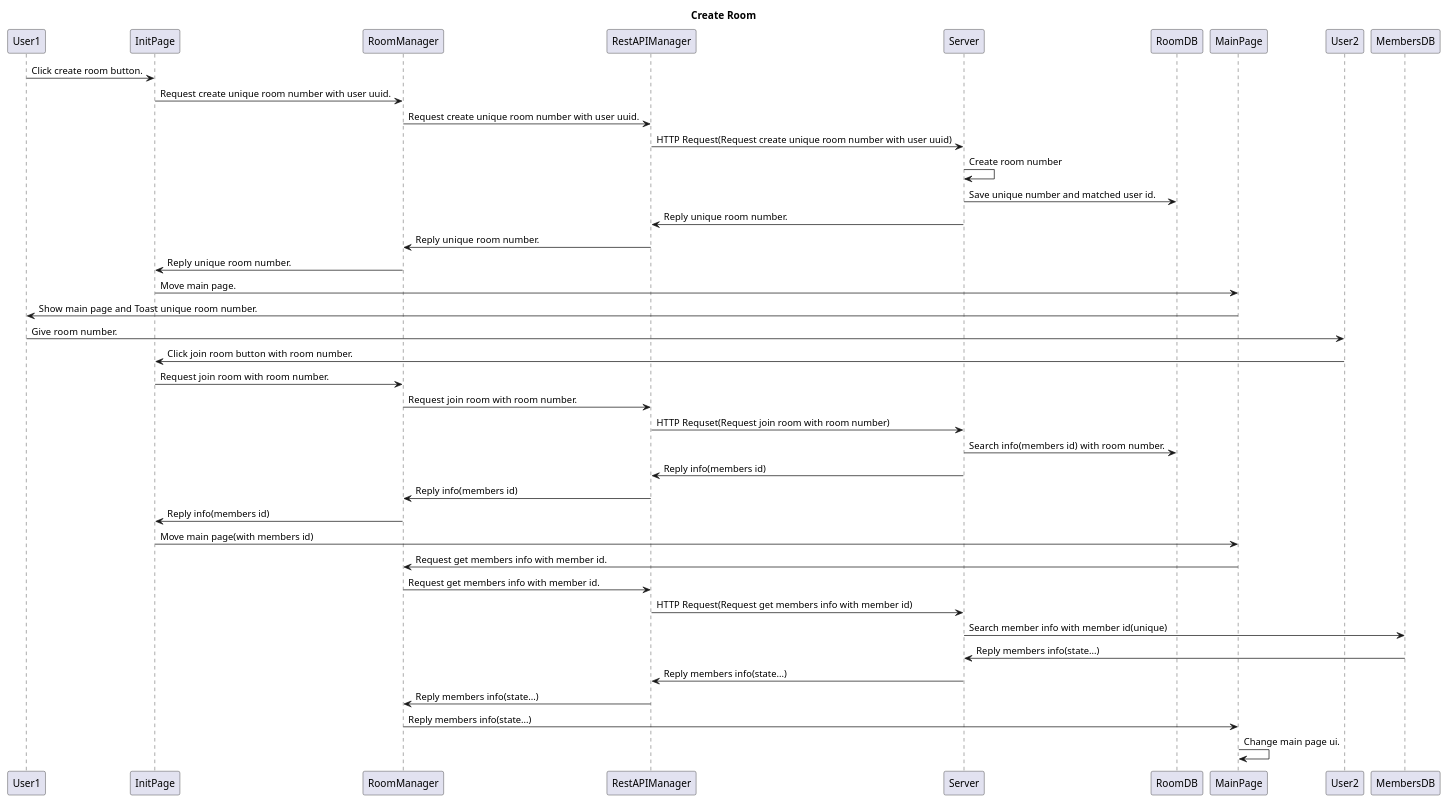
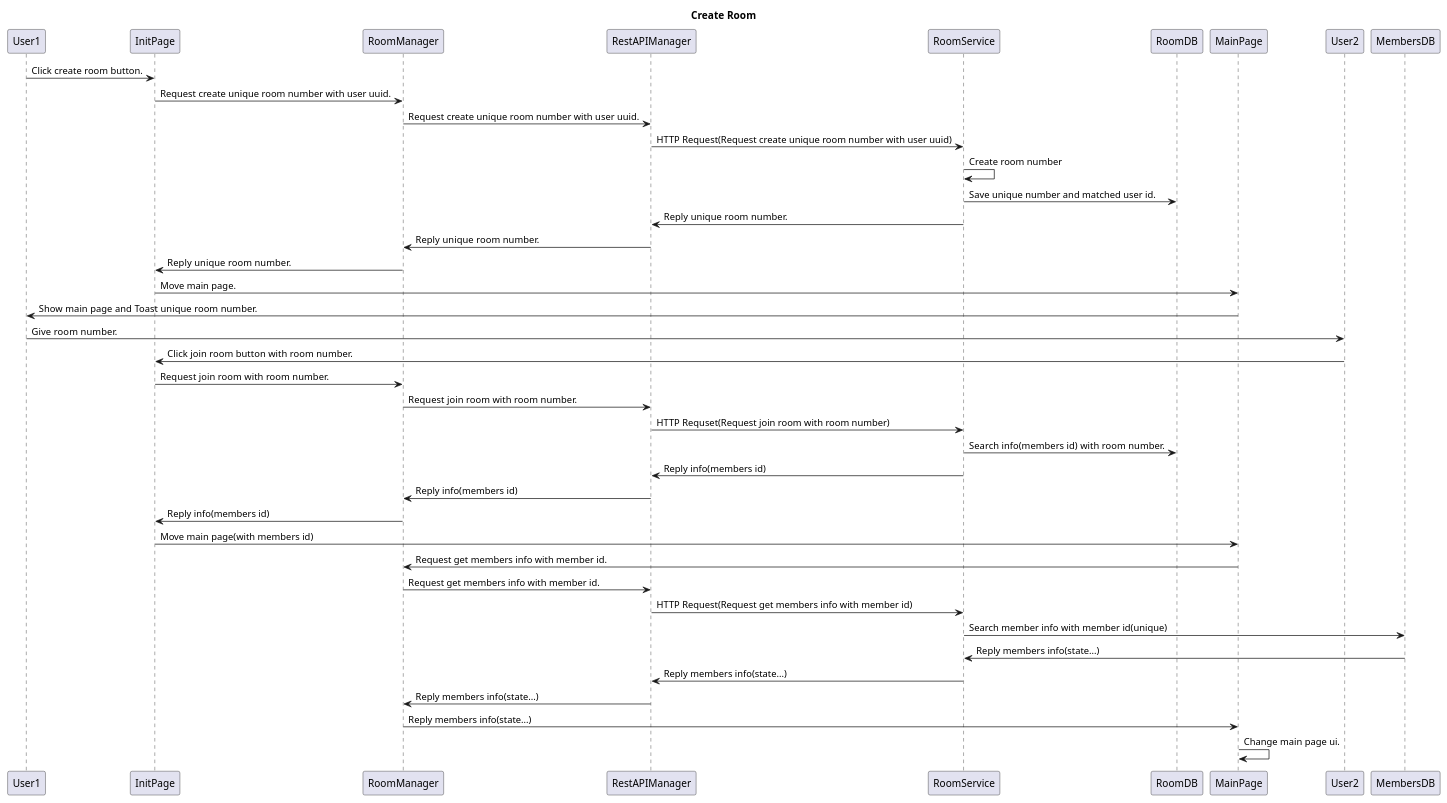
Before and after one commit to 2bellwater/EMO_USE_CASE: the diagram in UC_CREATE_ROOM.wsd, drawn with PlantUML. The commit also changed 3 other files, not shown here.

```diff
--- a/UC_CREATE_ROOM.wsd
+++ b/UC_CREATE_ROOM.wsd
@@ -1,36 +1,36 @@
 @startuml
 title Create Room 
 User1 -> InitPage : Click create room button.
 InitPage -> RoomManager : Request create unique room number with user uuid.
 RoomManager -> RestAPIManager : Request create unique room number with user uuid.
-RestAPIManager -> Server : HTTP Request(Request create unique room number with user uuid)
-Server -> Server : Create room number
-Server -> RoomDB : Save unique number and matched user id.
-Server -> RestAPIManager : Reply unique room number.
+RestAPIManager -> RoomService : HTTP Request(Request create unique room number with user uuid)
+RoomService -> RoomService : Create room number
+RoomService -> RoomDB : Save unique number and matched user id.
+RoomService -> RestAPIManager : Reply unique room number.
 RestAPIManager -> RoomManager : Reply unique room number.
 RoomManager -> InitPage : Reply unique room number.
 InitPage -> MainPage : Move main page.
 MainPage -> User1 : Show main page and Toast unique room number.
 
 User1 -> User2 : Give room number.
 
 User2 -> InitPage : Click join room button with room number.
 InitPage -> RoomManager : Request join room with room number.
 RoomManager -> RestAPIManager : Request join room with room number.
-RestAPIManager -> Server : HTTP Requset(Request join room with room number)
-Server -> RoomDB : Search info(members id) with room number.
-Server -> RestAPIManager : Reply info(members id)
+RestAPIManager -> RoomService : HTTP Requset(Request join room with room number)
+RoomService -> RoomDB : Search info(members id) with room number.
+RoomService -> RestAPIManager : Reply info(members id)
 RestAPIManager -> RoomManager : Reply info(members id)
 RoomManager -> InitPage : Reply info(members id)
 InitPage -> MainPage : Move main page(with members id)
 
 MainPage -> RoomManager : Request get members info with member id.
 RoomManager -> RestAPIManager : Request get members info with member id.
-RestAPIManager -> Server : HTTP Request(Request get members info with member id)
-Server -> MembersDB : Search member info with member id(unique)
-MembersDB -> Server : Reply members info(state...)
-Server -> RestAPIManager : Reply members info(state...)
+RestAPIManager -> RoomService : HTTP Request(Request get members info with member id)
+RoomService -> MembersDB : Search member info with member id(unique)
+MembersDB -> RoomService : Reply members info(state...)
+RoomService -> RestAPIManager : Reply members info(state...)
 RestAPIManager -> RoomManager : Reply members info(state...)
 RoomManager -> MainPage : Reply members info(state...)
 MainPage -> MainPage : Change main page ui.
 @enduml
```
